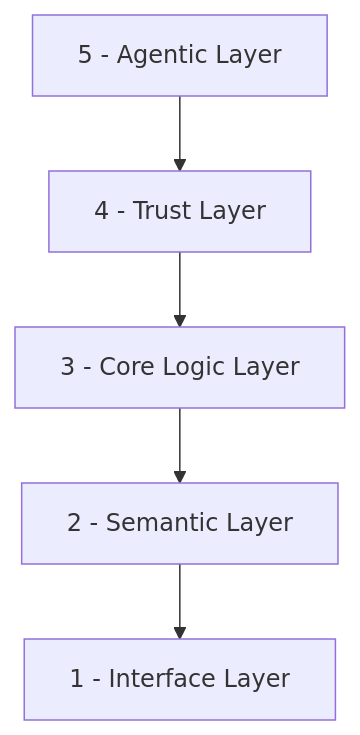
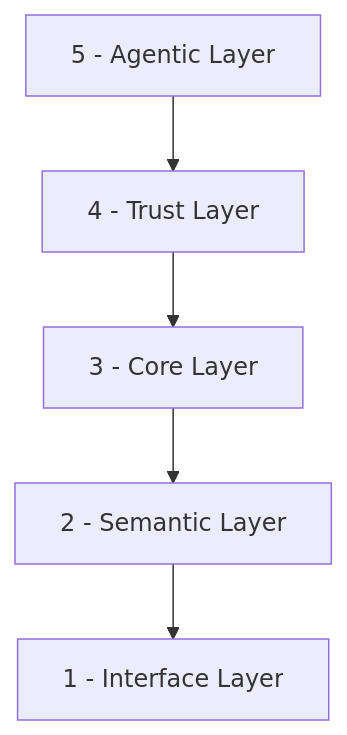
Before and after one commit to xixiaofinland/blog: the third of 3 diagrams in src/headless-360.md, drawn with Mermaid. The commit also changed other lines of this file, not shown here.

````diff
--- a/src/headless-360.md
+++ b/src/headless-360.md
@@ -48,7 +50,7 @@
 ```mermaid
 graph TD
     A[5 - Agentic Layer] --> B[4 - Trust Layer]
-    B --> C[3 - Core Logic Layer]
+    B --> C[3 - Core Layer]
     C --> D[2 - Semantic Layer]
     D --> E[1 - Interface Layer]
 ```
````
